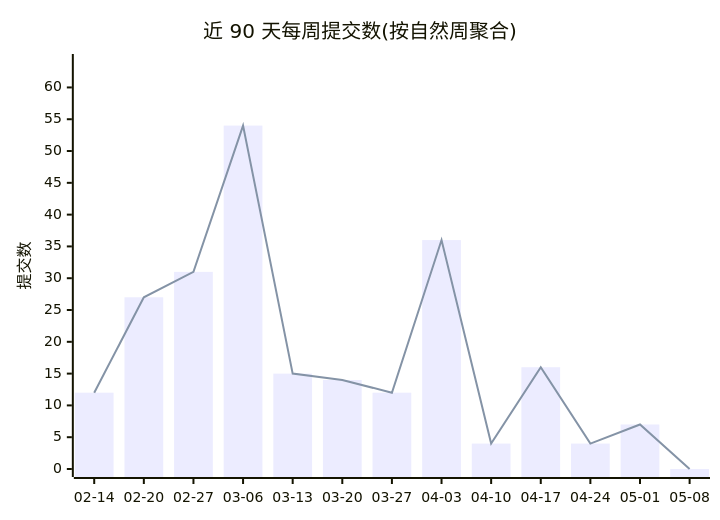
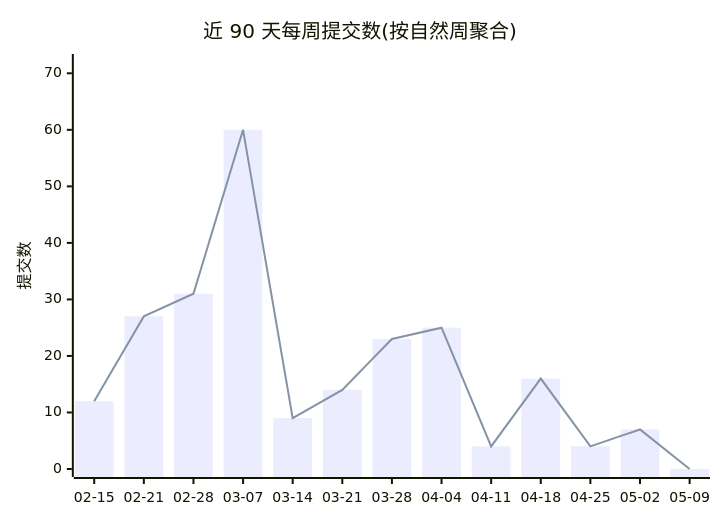
The first of 2 diagrams in profile/README.md (Conflux-Union/.github), drawn with Mermaid before and after one commit. The commit also changed other lines of this file and 1 other file, not shown here.

````diff
--- a/profile/README.md
+++ b/profile/README.md
@@ -44,8 +44,8 @@
 ```mermaid
 xychart-beta
     title "近 90 天每周提交数(按自然周聚合)"
-    x-axis ["02-14", "02-20", "02-27", "03-06", "03-13", "03-20", "03-27", "04-03", "04-10", "04-17", "04-24", "05-01", "05-08"]
-    y-axis "提交数" 0 --> 64
-    bar [12, 27, 31, 54, 15, 14, 12, 36, 4, 16, 4, 7, 0]
-    line [12, 27, 31, 54, 15, 14, 12, 36, 4, 16, 4, 7, 0]
+    x-axis ["02-15", "02-21", "02-28", "03-07", "03-14", "03-21", "03-28", "04-04", "04-11", "04-18", "04-25", "05-02", "05-09"]
+    y-axis "提交数" 0 --> 72
+    bar [12, 27, 31, 60, 9, 14, 23, 25, 4, 16, 4, 7, 0]
+    line [12, 27, 31, 60, 9, 14, 23, 25, 4, 16, 4, 7, 0]
 ```
````
